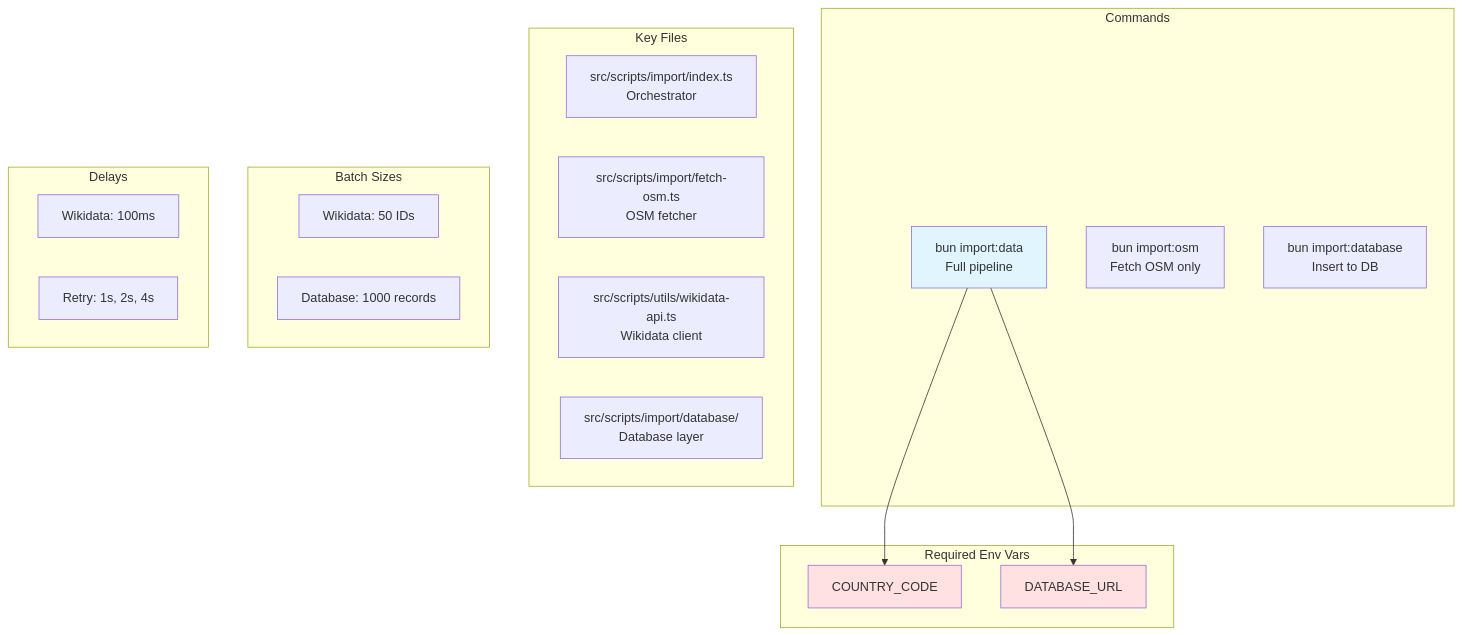
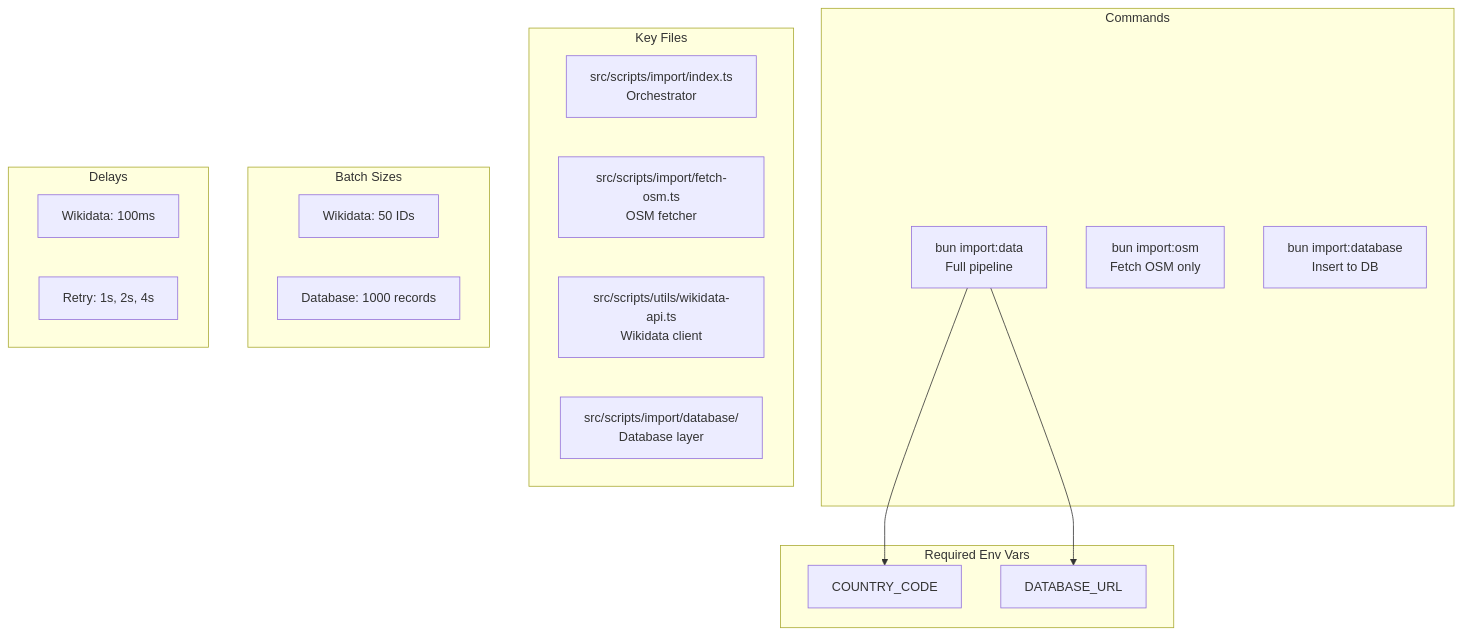
One commit to DaxServer/geocode-commons-categories changed diagram 12 of 12 in docs/import/visual-overview.md. Above: the diagram before and after it, drawn with Mermaid. The commit also changed other lines of this file and 5 other files, not shown here.

````diff
--- a/docs/import/visual-overview.md
+++ b/docs/import/visual-overview.md
@@ -402,37 +365,34 @@
 ```mermaid
 graph TB
     subgraph "Commands"
         CMD1[bun import:data<br/>Full pipeline]
         CMD2[bun import:osm<br/>Fetch OSM only]
         CMD3[bun import:database<br/>Insert to DB]
     end
 
     subgraph "Required Env Vars"
         ENV1[COUNTRY_CODE]
         ENV2[DATABASE_URL]
     end
 
     subgraph "Key Files"
         F1[src/scripts/import/index.ts<br/>Orchestrator]
         F2[src/scripts/import/fetch-osm.ts<br/>OSM fetcher]
         F3[src/scripts/utils/wikidata-api.ts<br/>Wikidata client]
         F4[src/scripts/import/database/<br/>Database layer]
     end
 
     subgraph "Batch Sizes"
         BS1[Wikidata: 50 IDs]
         BS2[Database: 1000 records]
     end
 
     subgraph "Delays"
         D1[Wikidata: 100ms]
         D2[Retry: 1s, 2s, 4s]
     end
 
     CMD1 --> ENV1
     CMD1 --> ENV2
 
-    style CMD1 fill:#e1f5ff
-    style ENV1 fill:#ffe1e1
-    style ENV2 fill:#ffe1e1
 ```
````
